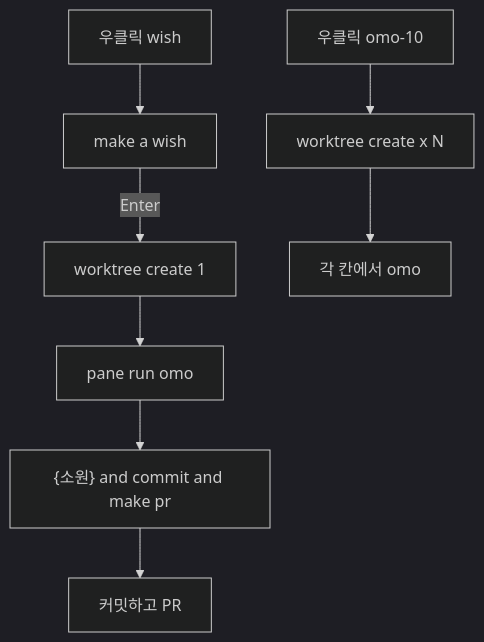
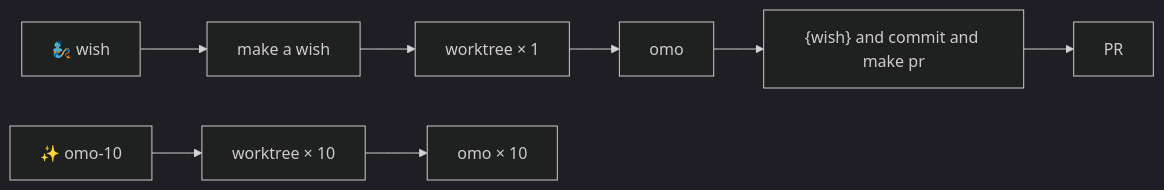
Before and after one commit to MovieHolic-Plex/herdr-wish: the diagram in README.md, drawn with Mermaid (dark theme). The commit also changed other lines of this file and 4 other files, not shown here.

````diff
--- a/README.md
+++ b/README.md
@@ -181,11 +238,11 @@
 ```mermaid
-flowchart TD
-  A[우클릭 wish] --> B[make a wish]
-  B -->|Enter| C[worktree create 1]
-  C --> D[pane run omo]
-  D --> E["{소원} and commit and make pr"]
-  E --> F[커밋하고 PR]
+flowchart LR
+  W["🧞 wish"] --> M["make a wish"]
+  M --> T["worktree × 1"]
+  T --> O["omo"]
+  O --> P["{wish} and commit and make pr"]
+  P --> R["PR"]
 
-  H[우클릭 omo-10] --> I[worktree create x N]
-  I --> J[각 칸에서 omo]
+  X["✨ omo-10"] --> N["worktree × 10"]
+  N --> Y["omo × 10"]
 ```
````
